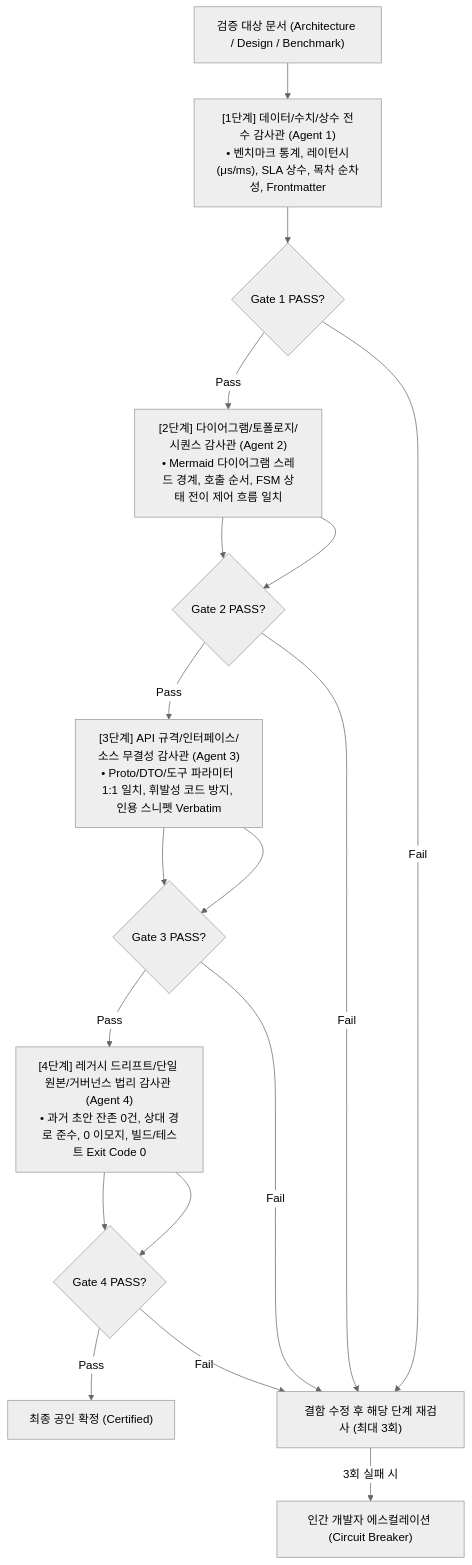
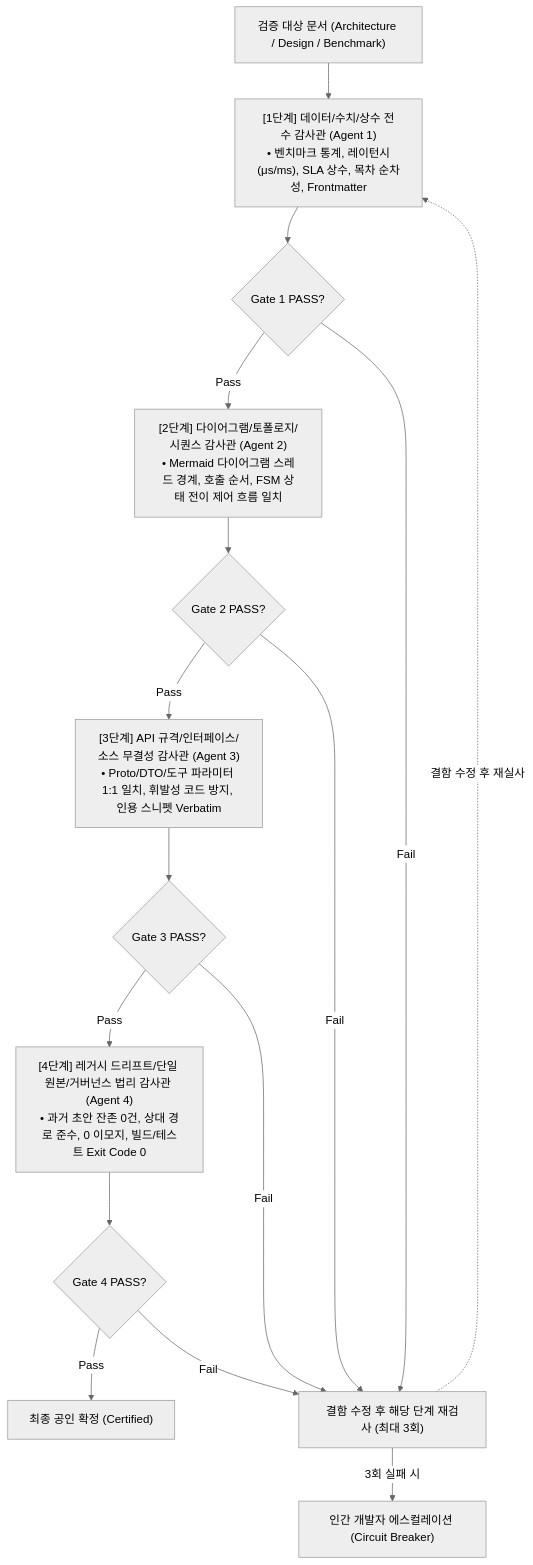
Before and after one commit to jin20203458/Obsidian.Agent: the first of 3 diagrams in ai_agent_refs/Independent_Audit_Protocol_Guidelines.md, drawn with Mermaid (neutral theme). The commit also changed other lines of this file, not shown here.

````diff
--- a/ai_agent_refs/Independent_Audit_Protocol_Guidelines.md
+++ b/ai_agent_refs/Independent_Audit_Protocol_Guidelines.md
@@ -48,34 +48,32 @@
 ```mermaid
 flowchart TD
     Doc["검증 대상 문서 (Architecture / Design / Benchmark)"]
 
     Stage1["[1단계] 데이터/수치/상수 전수 감사관 (Agent 1)<br>• 벤치마크 통계, 레이턴시(μs/ms), SLA 상수, 목차 순차성, Frontmatter"]
     Gate1{"Gate 1 PASS?"}
     
     Stage2["[2단계] 다이어그램/토폴로지/시퀀스 감사관 (Agent 2)<br>• Mermaid 다이어그램 스레드 경계, 호출 순서, FSM 상태 전이 제어 흐름 일치"]
     Gate2{"Gate 2 PASS?"}
 
     Stage3["[3단계] API 규격/인터페이스/소스 무결성 감사관 (Agent 3)<br>• Proto/DTO/도구 파라미터 1:1 일치, 휘발성 코드 방지, 인용 스니펫 Verbatim"]
     Gate3{"Gate 3 PASS?"}
 
     Stage4["[4단계] 레거시 드리프트/단일 원본/거버넌스 법리 감사관 (Agent 4)<br>• 과거 초안 잔존 0건, 상대 경로 준수, 0 이모지, 빌드/테스트 Exit Code 0"]
     Gate4{"Gate 4 PASS?"}
 
     FinalPass["최종 공인 확정 (Certified)"]
     FailRollback["결함 수정 후 해당 단계 재검사 (최대 3회)"]
     Escalate["인간 개발자 에스컬레이션 (Circuit Breaker)"]
 
     Doc --> Stage1 --> Gate1
     Gate1 -- Pass --> Stage2 --> Gate2
     Gate1 -- Fail --> FailRollback
-    Stage2 --> Gate2
     Gate2 -- Pass --> Stage3 --> Gate3
     Gate2 -- Fail --> FailRollback
-    Stage3 --> Gate3
     Gate3 -- Pass --> Stage4 --> Gate4
     Gate3 -- Fail --> FailRollback
-    Stage4 --> Gate4
     Gate4 -- Pass --> FinalPass
     Gate4 -- Fail --> FailRollback
     FailRollback -- 3회 실패 시 --> Escalate
+    FailRollback -.->|결함 수정 후 재실사| Stage1
 ```
````
